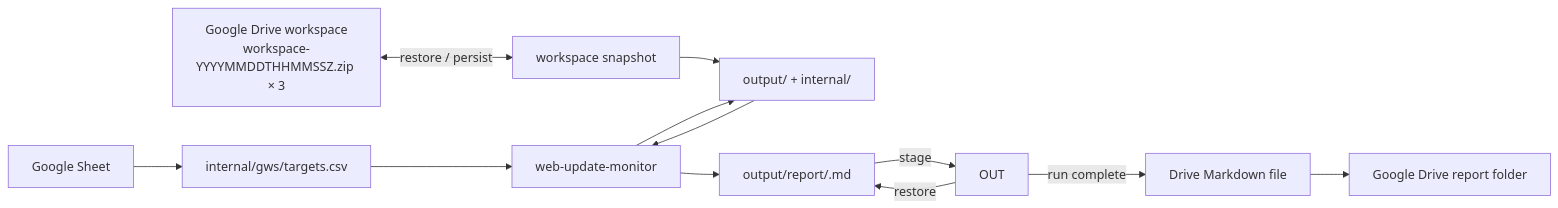
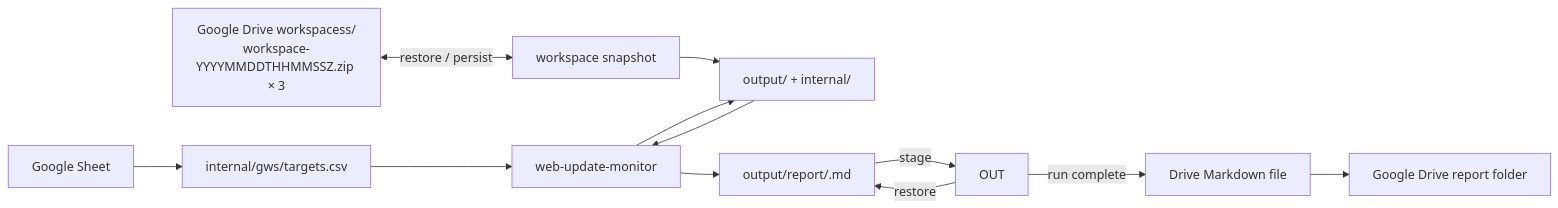
One commit to dceoy/wsum changed the first of 2 diagrams in README.md. Above: the diagram before and after it, drawn with Mermaid.

Commit message:
Rename Drive workspace folder to workspaces

````diff
--- a/README.md
+++ b/README.md
@@ -23,14 +23,14 @@
 ```mermaid
 flowchart LR
     GS["Google Sheet"] --> CSV["internal/gws/targets.csv"]
-    DS["Google Drive workspace<br/>workspace-YYYYMMDDTHHMMSSZ.zip × 3"] <-->|restore / persist| WS["workspace snapshot"]
+    DS["Google Drive workspacess/<br/>workspace-YYYYMMDDTHHMMSSZ.zip × 3"] <-->|restore / persist| WS["workspace snapshot"]
     WS --> WORKSPACE["output/ + internal/"]
     CSV --> CORE["web-update-monitor"]
     WORKSPACE --> CORE
     CORE --> WORKSPACE
     CORE --> REPORT["output/report/<run-id>.md"]
     OUT -->|restore| REPORT
     REPORT -->|stage| OUT
     OUT -->|run complete| GMD["Drive Markdown file"]
     GMD --> DR["Google Drive report folder"]
 ```
````
